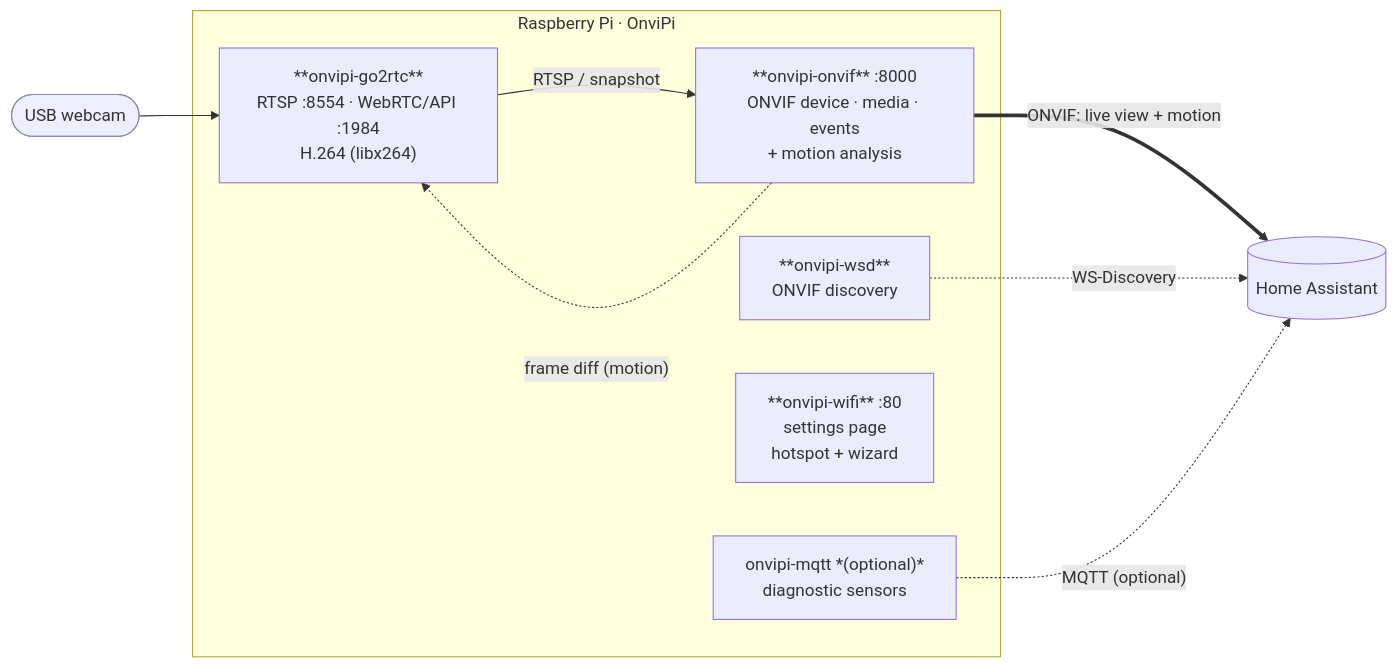
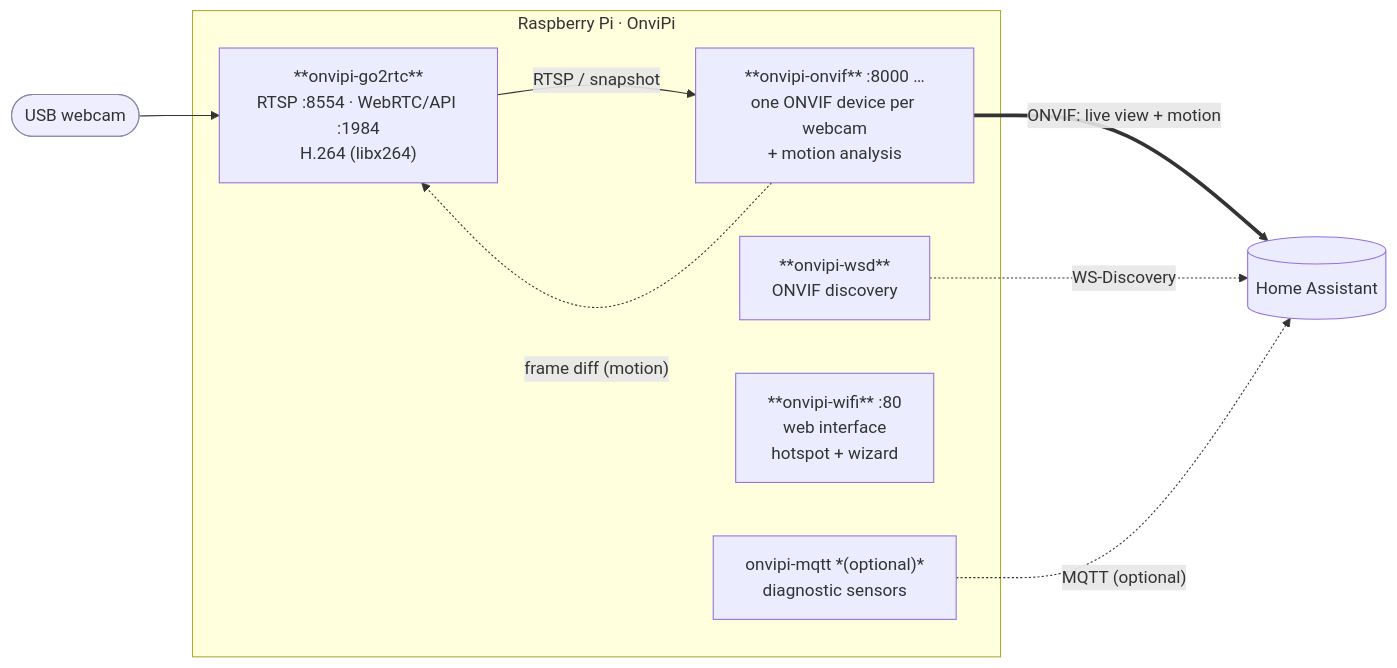
Before and after one commit to GERGto/OnviPi: the first of 3 diagrams in README.md, drawn with Mermaid. The commit also changed other lines of this file and 44 other files, not shown here.

First line of the commit message:
OnviPi 2.1: new web interface, several cameras, recording, zones

````diff
--- a/README.md
+++ b/README.md
@@ -285,21 +379,21 @@
 ```mermaid
 flowchart LR
   cam([USB webcam]):::hw --> go2rtc
 
   subgraph Pi["Raspberry Pi · OnviPi"]
     go2rtc["**onvipi-go2rtc**<br/>RTSP :8554 · WebRTC/API :1984<br/>H.264 (libx264)"]
-    onvif["**onvipi-onvif** :8000<br/>ONVIF device · media · events<br/>+ motion analysis"]
+    onvif["**onvipi-onvif** :8000 …<br/>one ONVIF device per webcam<br/>+ motion analysis"]
     wsd["**onvipi-wsd**<br/>ONVIF discovery"]
-    wifi["**onvipi-wifi** :80<br/>settings page<br/>hotspot + wizard"]
+    wifi["**onvipi-wifi** :80<br/>web interface<br/>hotspot + wizard"]
     mqtt["onvipi-mqtt *(optional)*<br/>diagnostic sensors"]
 
     go2rtc -->|RTSP / snapshot| onvif
     onvif -. "frame diff (motion)" .-> go2rtc
   end
 
   onvif ==>|"ONVIF: live view + motion"| HA[(Home Assistant)]
   wsd -. "WS-Discovery" .-> HA
   mqtt -. "MQTT (optional)" .-> HA
 
   classDef hw fill:#eef,stroke:#88a;
 ```
````
